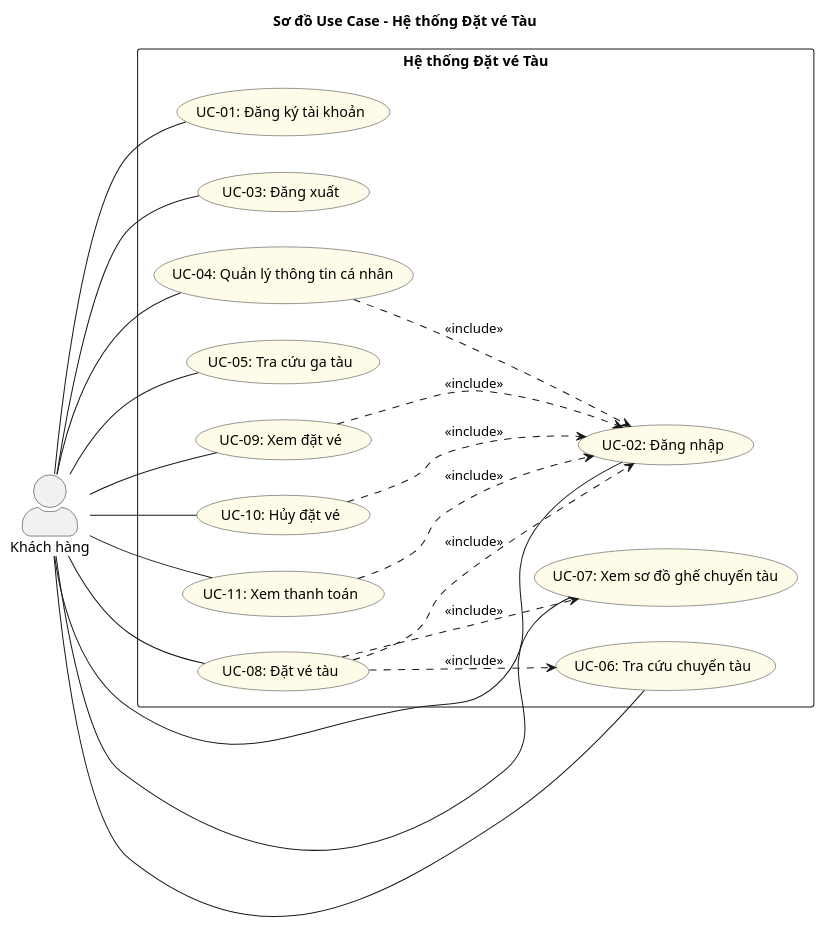
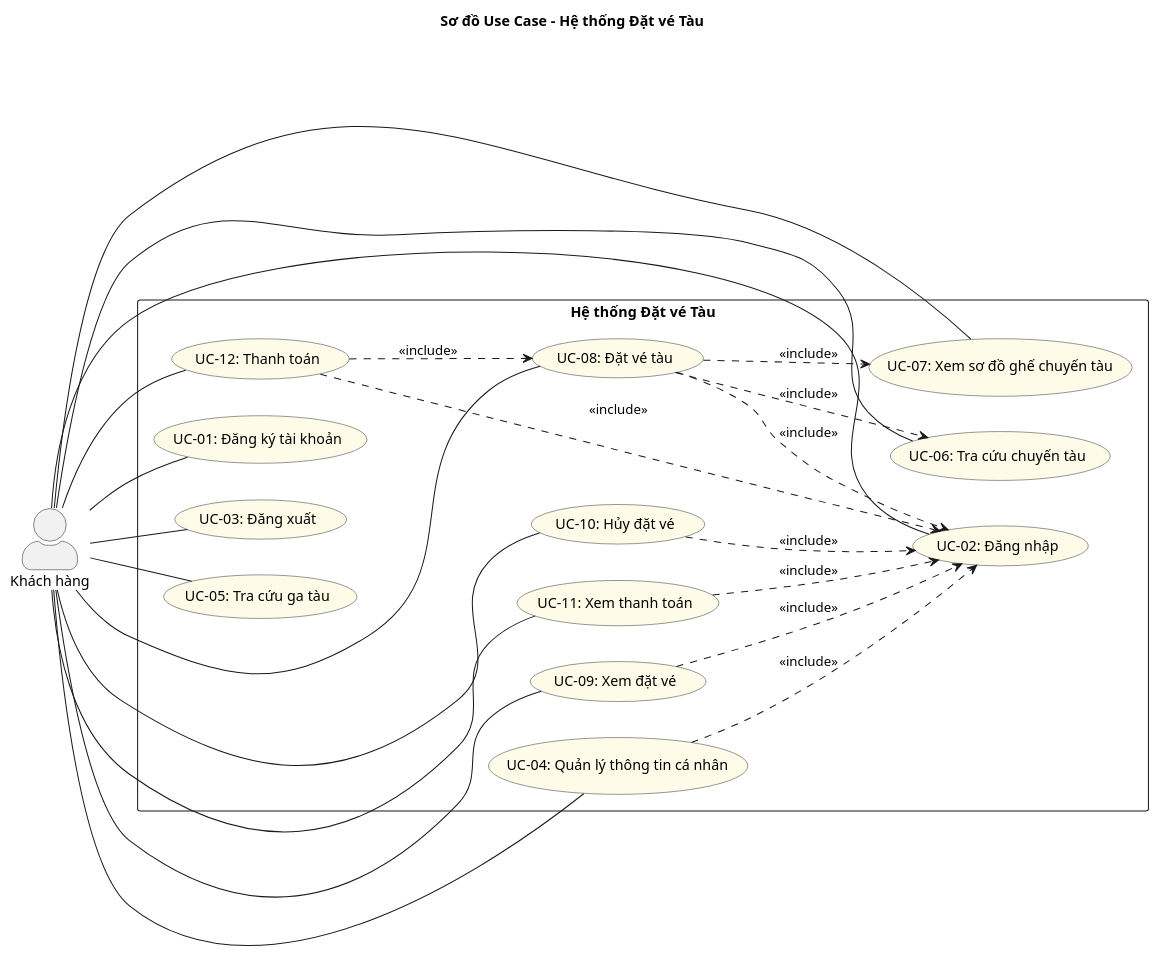
The first of 2 diagrams in docs/usecases/usecases.md (Phunguy65/train-ticket-booking-system-plus), drawn with PlantUML before and after one commit. The commit also changed other lines of this file and 15 other files, not shown here.

````diff
--- a/docs/usecases/usecases.md
+++ b/docs/usecases/usecases.md
@@ -3,58 +3,62 @@
 ```plantuml
 @startuml usecase-diagram
 title Sơ đồ Use Case - Hệ thống Đặt vé Tàu
 
 left to right direction
 skinparam packageStyle rectangle
 skinparam actorStyle awesome
 skinparam usecase {
   BackgroundColor #FEFCE8
   BorderColor #333333
 }
 
 actor "Khách hàng" as Customer
 
 rectangle "Hệ thống Đặt vé Tàu" {
   ' ── Quản lý tài khoản ──
   usecase "UC-01: Đăng ký tài khoản" as UC01
   usecase "UC-02: Đăng nhập" as UC02
   usecase "UC-03: Đăng xuất" as UC03
   usecase "UC-04: Quản lý thông tin cá nhân" as UC04
 
   ' ── Tra cứu ──
   usecase "UC-05: Tra cứu ga tàu" as UC05
   usecase "UC-06: Tra cứu chuyến tàu" as UC06
   usecase "UC-07: Xem sơ đồ ghế chuyến tàu" as UC07
 
   ' ── Đặt vé & Thanh toán ──
   usecase "UC-08: Đặt vé tàu" as UC08
   usecase "UC-09: Xem đặt vé" as UC09
   usecase "UC-10: Hủy đặt vé" as UC10
   usecase "UC-11: Xem thanh toán" as UC11
+  usecase "UC-12: Thanh toán" as UC12
 
   ' ── Relationships ──
   UC08 ..> UC02 : <<include>>
   UC08 ..> UC06 : <<include>>
   UC08 ..> UC07 : <<include>>
 
   UC04 ..> UC02 : <<include>>
   UC09 ..> UC02 : <<include>>
   UC10 ..> UC02 : <<include>>
   UC11 ..> UC02 : <<include>>
+  UC12 ..> UC02 : <<include>>
+  UC12 ..> UC08 : <<include>>
 }
 
 ' ── Actor associations ──
 Customer -- UC01
 Customer -- UC02
 Customer -- UC03
 Customer -- UC04
 Customer -- UC05
 Customer -- UC06
 Customer -- UC07
 Customer -- UC08
 Customer -- UC09
 Customer -- UC10
 Customer -- UC11
+Customer -- UC12
 
 @enduml
 ```
````
